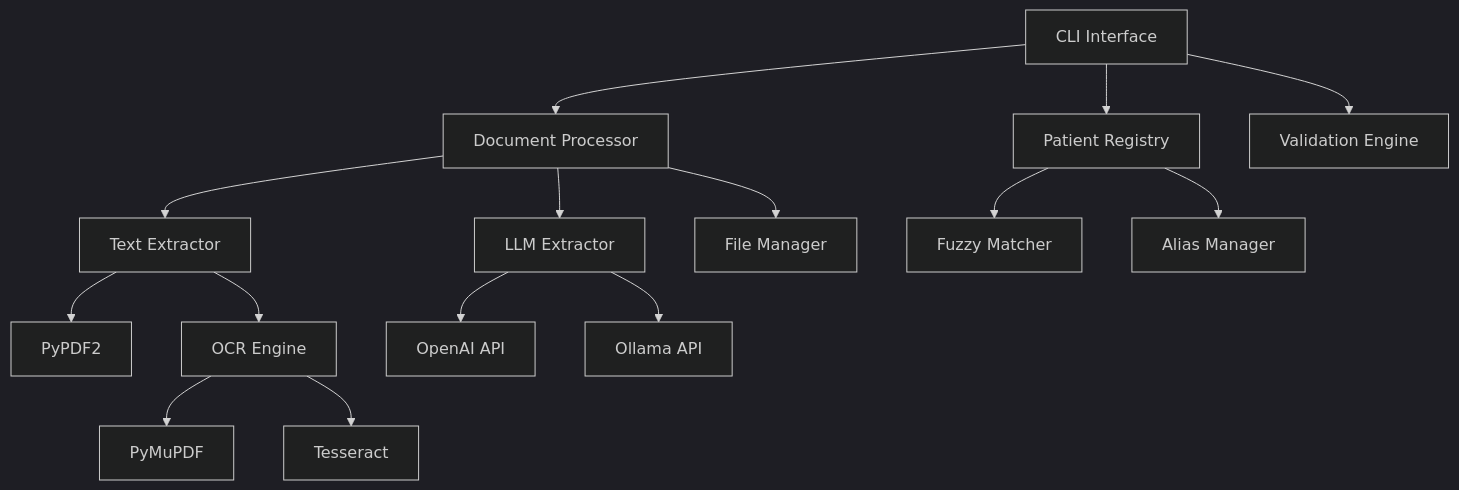
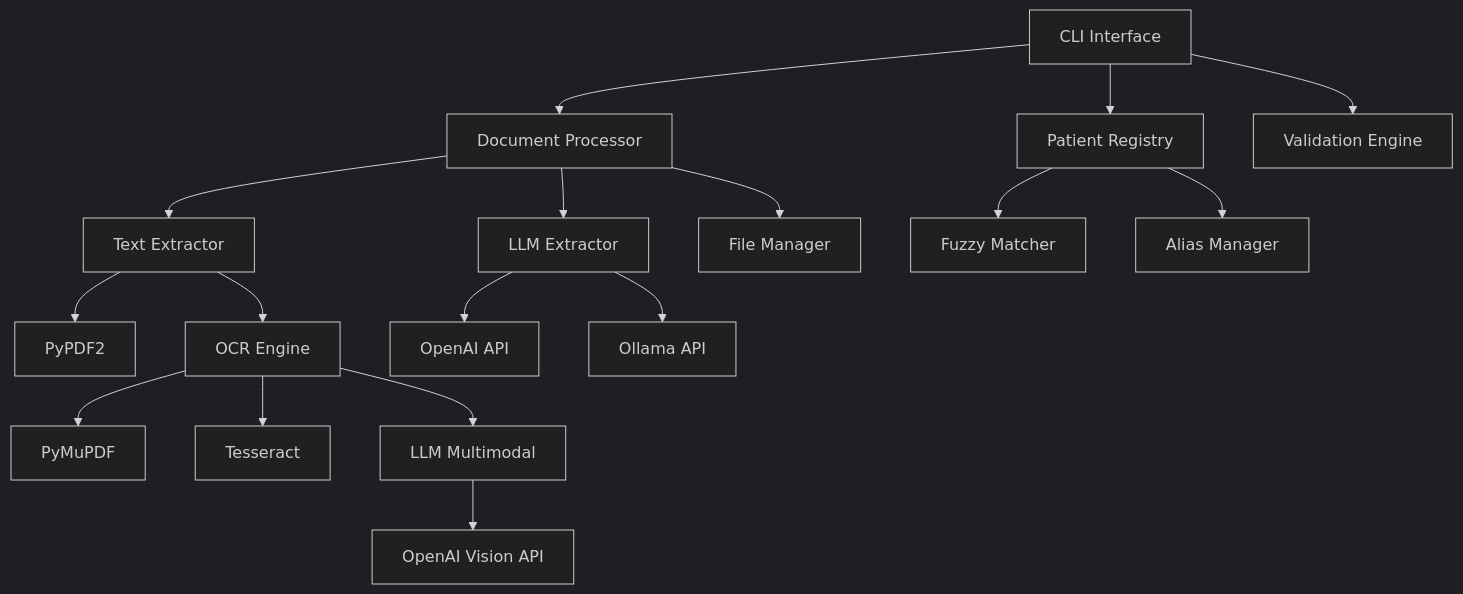
The diagram in docs/requisites.md (alisio/clinikondo), drawn with Mermaid (dark theme) before and after one commit. The commit also changed other lines of this file, not shown here.

First line of the commit message:
Atualizar especificação do SRS para incluir OCR multimodal

````diff
--- a/docs/requisites.md
+++ b/docs/requisites.md
@@ -39,22 +39,25 @@
 ```mermaid
 graph TD
     A[CLI Interface] --> B[Document Processor]
     A --> C[Patient Registry]
     A --> D[Validation Engine]
     
     B --> E[Text Extractor]
     B --> F[LLM Extractor]
     B --> G[File Manager]
     
     E --> H[PyPDF2]
     E --> I[OCR Engine]
     
     F --> J[OpenAI API]
     F --> K[Ollama API]
     
     C --> L[Fuzzy Matcher]
     C --> M[Alias Manager]
     
     I --> N[PyMuPDF]
     I --> O[Tesseract]
+    I --> P[LLM Multimodal]
+    
+    P --> Q[OpenAI Vision API]
 ```
````
